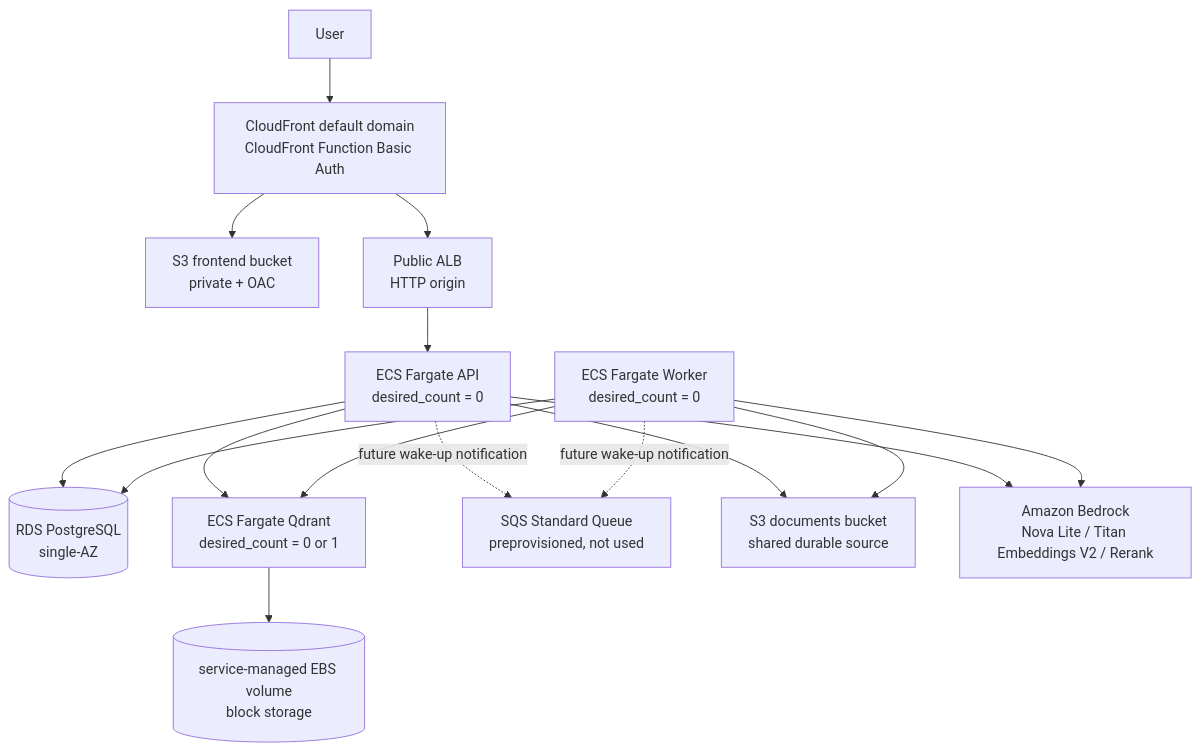
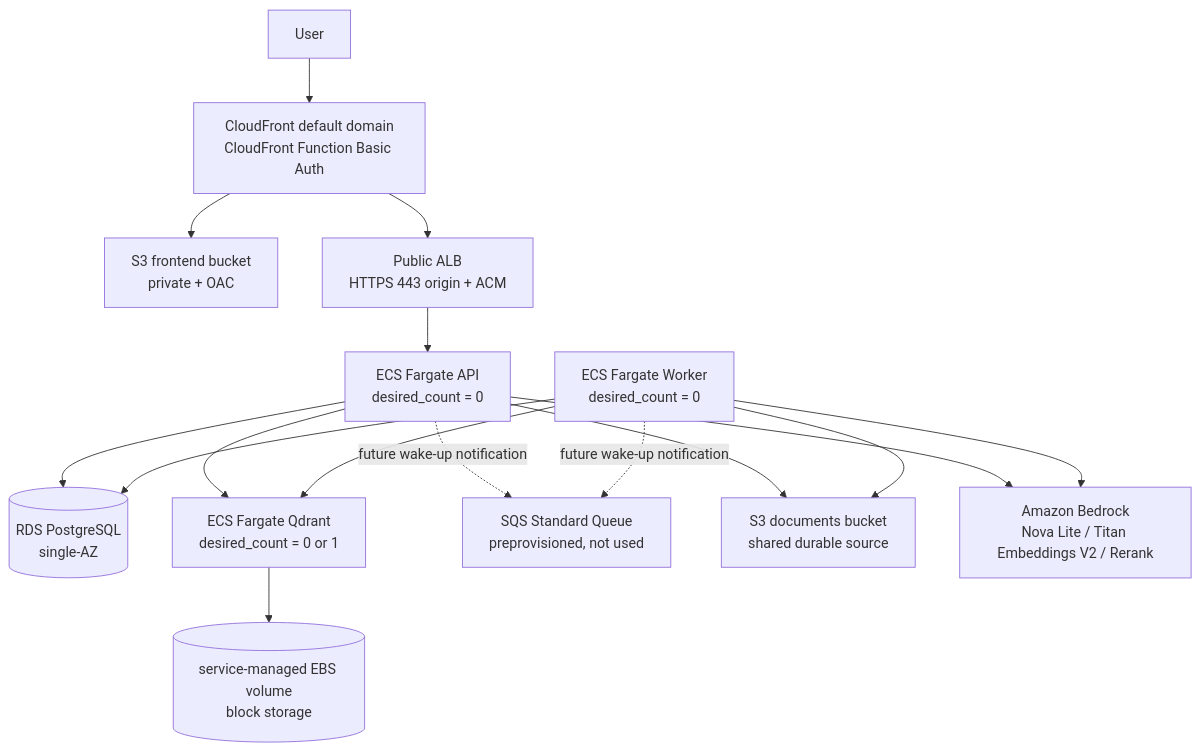
Before and after one commit to M4kuq/RAGProject: the diagram in deploy/aws-ecs/README.md, drawn with Mermaid. The commit also changed other lines of this file and 2 other files, not shown here.

Commit message:
docs(aws): document ACM HTTPS origin

````diff
--- a/deploy/aws-ecs/README.md
+++ b/deploy/aws-ecs/README.md
@@ -7,18 +7,18 @@
 ```mermaid
 flowchart TD
   User[User] --> CF[CloudFront default domain<br/>CloudFront Function Basic Auth]
   CF --> S3Front[S3 frontend bucket<br/>private + OAC]
-  CF --> ALB[Public ALB<br/>HTTP origin]
+  CF --> ALB[Public ALB<br/>HTTPS 443 origin + ACM]
   ALB --> API[ECS Fargate API<br/>desired_count = 0]
   API --> RDS[(RDS PostgreSQL<br/>single-AZ)]
   API --> Qdrant[ECS Fargate Qdrant<br/>desired_count = 0 or 1]
   Worker[ECS Fargate Worker<br/>desired_count = 0] --> RDS
   Worker --> Qdrant
   API -. future wake-up notification .-> SQS[SQS Standard Queue<br/>preprovisioned, not used]
   Worker -. future wake-up notification .-> SQS
   API --> Docs[S3 documents bucket<br/>shared durable source]
   Worker --> Docs
   Qdrant --> EBS[(service-managed EBS volume<br/>block storage)]
   API --> Bedrock[Amazon Bedrock<br/>Nova Lite / Titan Embeddings V2 / Rerank]
   Worker --> Bedrock
 ```
````
